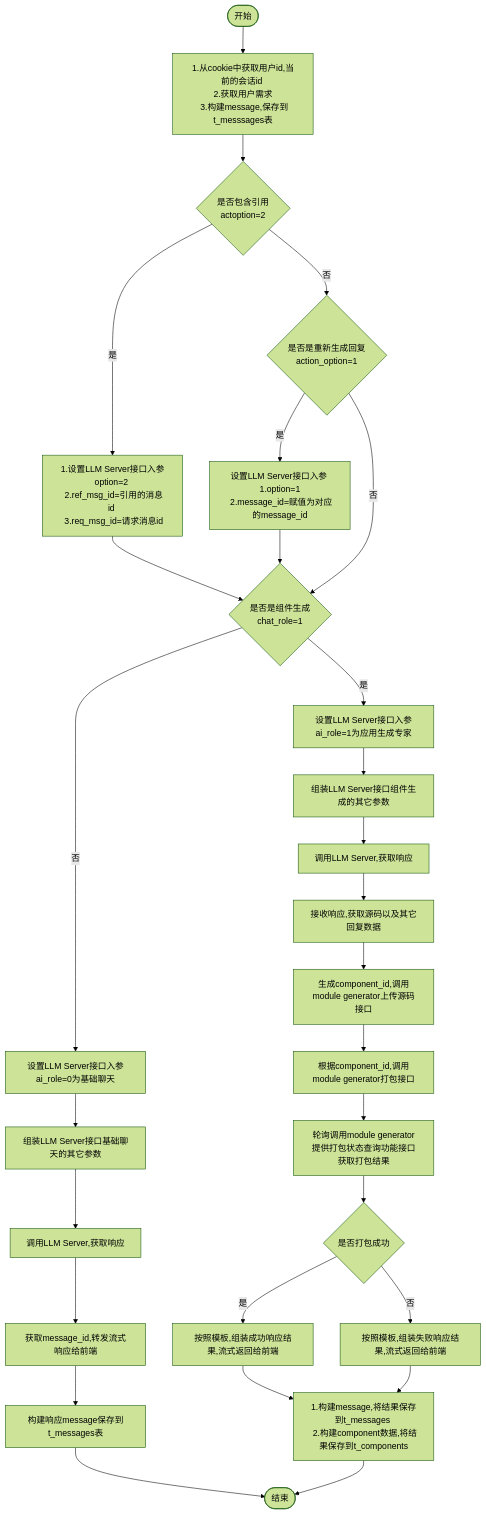
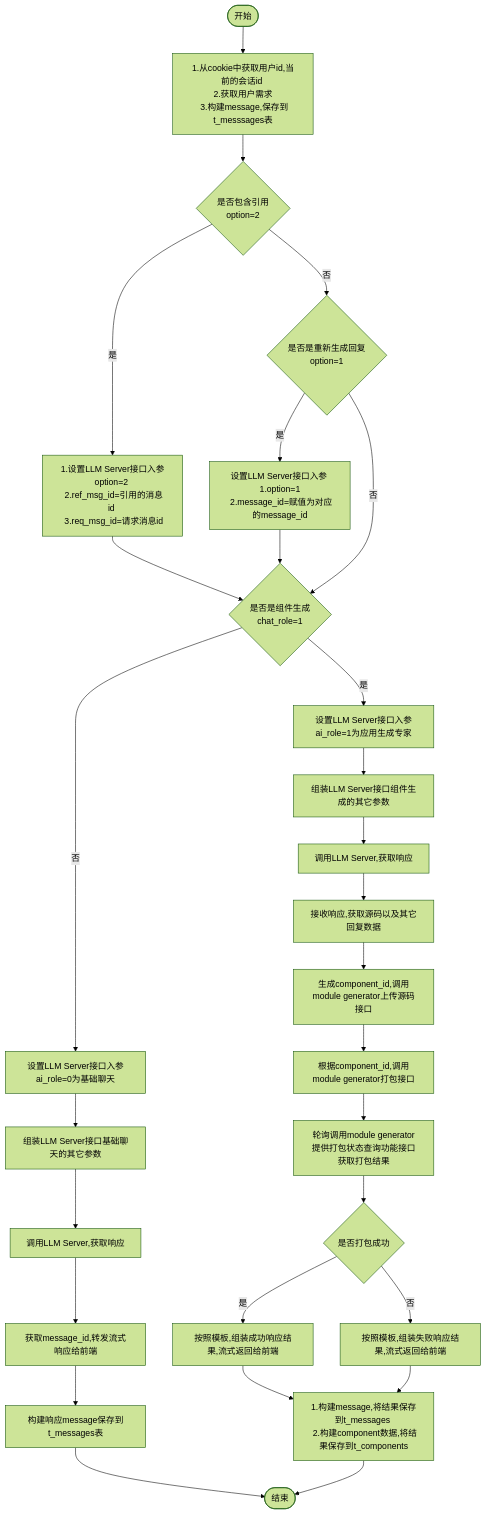
The diagram in all/w3-会话-不需要传递message.md (yingjianzh/iodraw-files), drawn with Mermaid (forest theme) before and after one commit.

Commit message:
2024-10-15 15:07:21 update

````diff
--- a/all/w3-会话-不需要传递message.md
+++ b/all/w3-会话-不需要传递message.md
@@ -1,34 +1,34 @@
 ```mermaid
 flowchart TD
     A([开始]) --> B[1.从cookie中获取用户id,当前的会话id \n 2.获取用户需求 \n 3.构建message,保存到t_messsages表]
-    B--> D{是否包含引用 \n actoption=2}
+    B--> D{是否包含引用 \n option=2}
     D -- 是 --> E[1.设置LLM Server接口入参option=2 \n 2.ref_msg_id=引用的消息id \n 3.req_msg_id=请求消息id]
-    D -- 否 --> F{是否是重新生成回复\n action_option=1}
+    D -- 否 --> F{是否是重新生成回复\n option=1}
     F -- 是 --> G[设置LLM Server接口入参 \n 1.option=1 \n 2.message_id=赋值为对应的message_id]
     F -- 否 --> I
      
     E & G --> I{是否是组件生成 \n chat_role=1}
     I -- 否 --> K[设置LLM Server接口入参ai_role=0为基础聊天]
     I -- 是 --> J[设置LLM Server接口入参ai_role=1为应用生成专家]
     
 
     J --> L[组装LLM Server接口组件生成的其它参数]    
     K --> M[组装LLM Server接口基础聊天的其它参数]    
     M --> N[调用LLM Server,获取响应]    
     N --> O[获取message_id,转发流式响应给前端]
     O --> P[构建响应message保存到t_messages表]
     P --> R([结束])
 
 
     L --> S[调用LLM Server,获取响应]
     S --> T[接收响应,获取源码以及其它回复数据]
     T --> U[生成component_id,调用module generator上传源码接口]
     U --> V[根据component_id,调用module generator打包接口]
     V --> W[轮询调用module generator提供打包状态查询功能接口获取打包结果]
     W --> X{是否打包成功}
     X -- 是 --> Y[按照模板,组装成功响应结果,流式返回给前端]
     X -- 否 --> Z[按照模板,组装失败响应结果,流式返回给前端]
 
     Y & Z --> Result[1.构建message,将结果保存到t_messages \n 2.构建component数据,将结果保存到t_components]
     Result --> R
 ```
````
